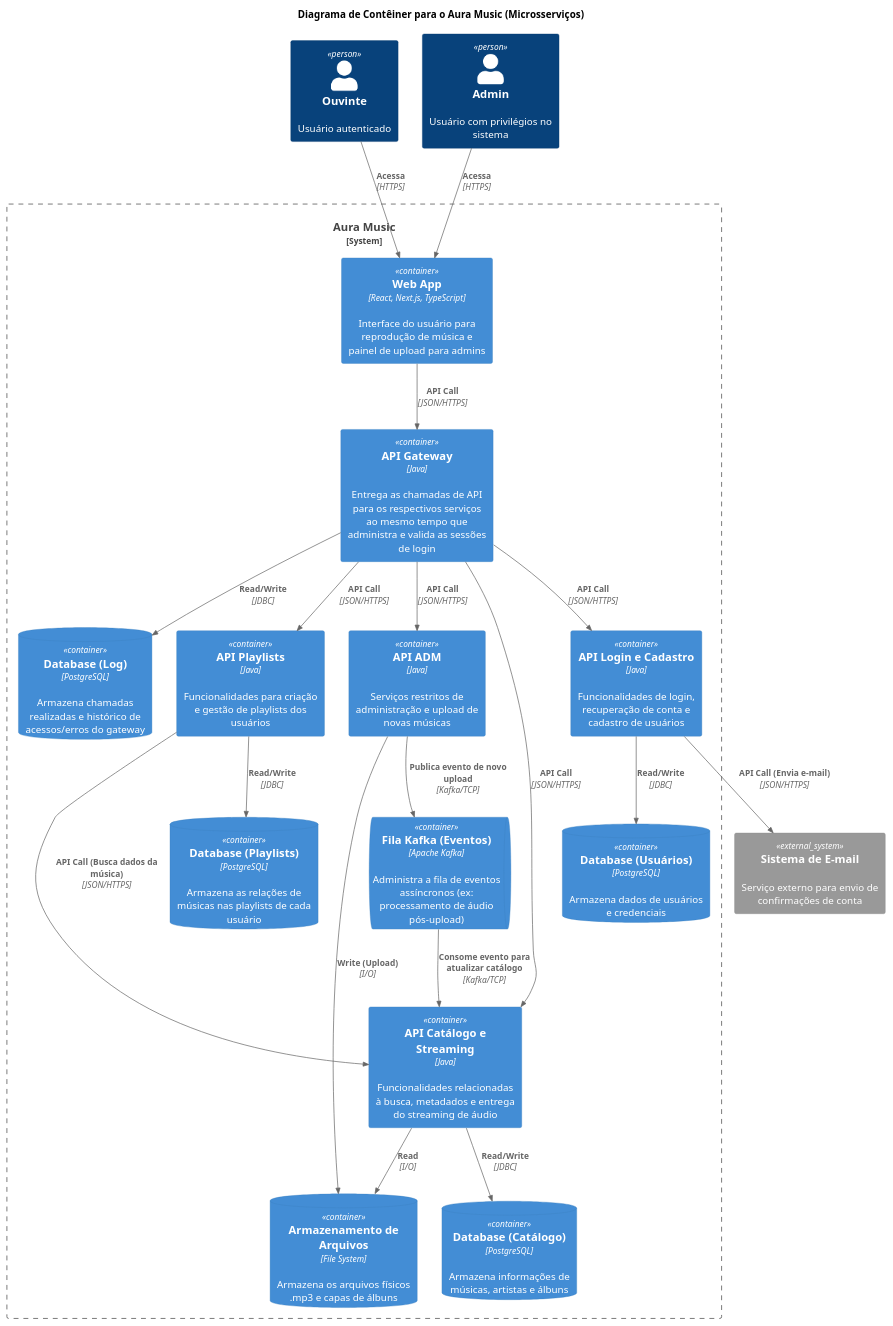
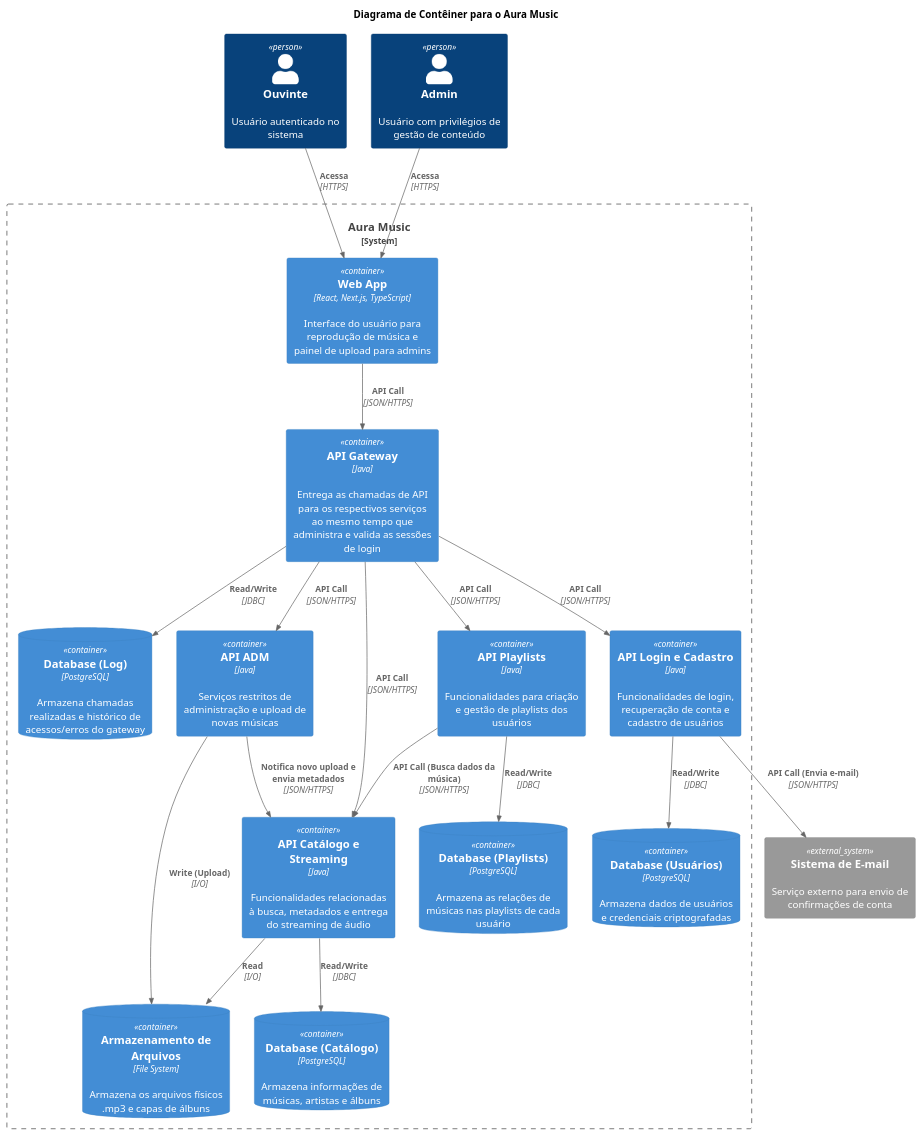
One commit to vitorkeller/AuraMusic changed the diagram in docs/architecture/C4/C4_Container.plantuml. Above: the diagram before and after it, drawn with PlantUML. The commit also changed 6 other files, not shown here.

Commit message:
fix: update architecture diagrams and fix gitignore conflict

```diff
--- a/docs/architecture/C4/C4_Container.plantuml
+++ b/docs/architecture/C4/C4_Container.plantuml
@@ -1,73 +1,61 @@
 @startuml Container
 !include https://raw.githubusercontent.com/plantuml-stdlib/C4-PlantUML/master/C4_Container.puml
 
-title Diagrama de Contêiner para o Aura Music (Microsserviços)
+title Diagrama de Contêiner para o Aura Music
 
 ' Atores
-Person(listener, "Ouvinte", "Usuário autenticado")
-Person(admin, "Admin", "Usuário com privilégios no sistema")
+Person(listener, "Ouvinte", "Usuário autenticado no sistema")
+Person(admin, "Admin", "Usuário com privilégios de gestão de conteúdo")
 
 System_Boundary(aura_music, "Aura Music") {
     
     ' Frontend
     Container(web_app, "Web App", "React, Next.js, TypeScript", "Interface do usuário para reprodução de música e painel de upload para admins")
     
     ' API Gateway
     Container(api_gateway, "API Gateway", "Java", "Entrega as chamadas de API para os respectivos serviços ao mesmo tempo que administra e valida as sessões de login")
     ContainerDb(db_log, "Database (Log)", "PostgreSQL", "Armazena chamadas realizadas e histórico de acessos/erros do gateway")
 
-    ' Filas (Mensageria)
-    ContainerQueue(fila_eventos, "Fila Kafka (Eventos)", "Apache Kafka", "Administra a fila de eventos assíncronos (ex: processamento de áudio pós-upload)")
-
     ' Microsserviço: Autenticação/Cadastro
     Container(api_login, "API Login e Cadastro", "Java", "Funcionalidades de login, recuperação de conta e cadastro de usuários")
-    ContainerDb(db_usuarios, "Database (Usuários)", "PostgreSQL", "Armazena dados de usuários e credenciais")
+    ContainerDb(db_usuarios, "Database (Usuários)", "PostgreSQL", "Armazena dados de usuários e credenciais criptografadas")
 
     ' Microsserviço: Catálogo e Streaming
     Container(api_musicas, "API Catálogo e Streaming", "Java", "Funcionalidades relacionadas à busca, metadados e entrega do streaming de áudio")
     ContainerDb(db_musicas, "Database (Catálogo)", "PostgreSQL", "Armazena informações de músicas, artistas e álbuns")
     ContainerDb(storage, "Armazenamento de Arquivos", "File System", "Armazena os arquivos físicos .mp3 e capas de álbuns")
 
     ' Microsserviço: Playlists
     Container(api_playlists, "API Playlists", "Java", "Funcionalidades para criação e gestão de playlists dos usuários")
     ContainerDb(db_playlists, "Database (Playlists)", "PostgreSQL", "Armazena as relações de músicas nas playlists de cada usuário")
 
     ' Microsserviço: Administração
     Container(api_adm, "API ADM", "Java", "Serviços restritos de administração e upload de novas músicas")
 }
 
 ' Sistemas Externos
 System_Ext(email_system, "Sistema de E-mail", "Serviço externo para envio de confirmações de conta")
 
-' Relacionamentos - Usuários para Frontend
+' Relacionamentos
 Rel(listener, web_app, "Acessa", "HTTPS")
 Rel(admin, web_app, "Acessa", "HTTPS")
-
-' Frontend para Gateway
 Rel(web_app, api_gateway, "API Call", "JSON/HTTPS")
-
-' Gateway para Log
 Rel(api_gateway, db_log, "Read/Write", "JDBC")
 
-' Gateway para Microsserviços
 Rel(api_gateway, api_login, "API Call", "JSON/HTTPS")
 Rel(api_gateway, api_musicas, "API Call", "JSON/HTTPS")
 Rel(api_gateway, api_playlists, "API Call", "JSON/HTTPS")
 Rel(api_gateway, api_adm, "API Call", "JSON/HTTPS")
 
-' Comunicação interna dos Microsserviços com seus bancos
 Rel(api_login, db_usuarios, "Read/Write", "JDBC")
 Rel(api_musicas, db_musicas, "Read/Write", "JDBC")
 Rel(api_musicas, storage, "Read", "I/O")
 Rel(api_playlists, db_playlists, "Read/Write", "JDBC")
 Rel(api_adm, storage, "Write (Upload)", "I/O")
 
-' Comunicação entre microsserviços (Síncrona e Assíncrona)
+' Alteração: Comunicação síncrona entre ADM e Catálogo
+Rel(api_adm, api_musicas, "Notifica novo upload e envia metadados", "JSON/HTTPS")
 Rel(api_playlists, api_musicas, "API Call (Busca dados da música)", "JSON/HTTPS")
 Rel(api_login, email_system, "API Call (Envia e-mail)", "JSON/HTTPS")
 
-' Uso da fila Kafka
-Rel(api_adm, fila_eventos, "Publica evento de novo upload", "Kafka/TCP")
-Rel(fila_eventos, api_musicas, "Consome evento para atualizar catálogo", "Kafka/TCP")
-
 @enduml
```
